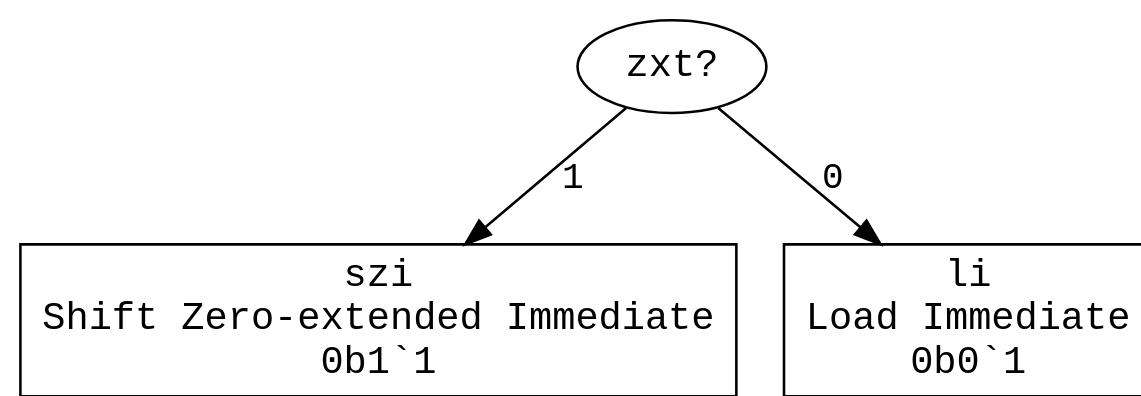
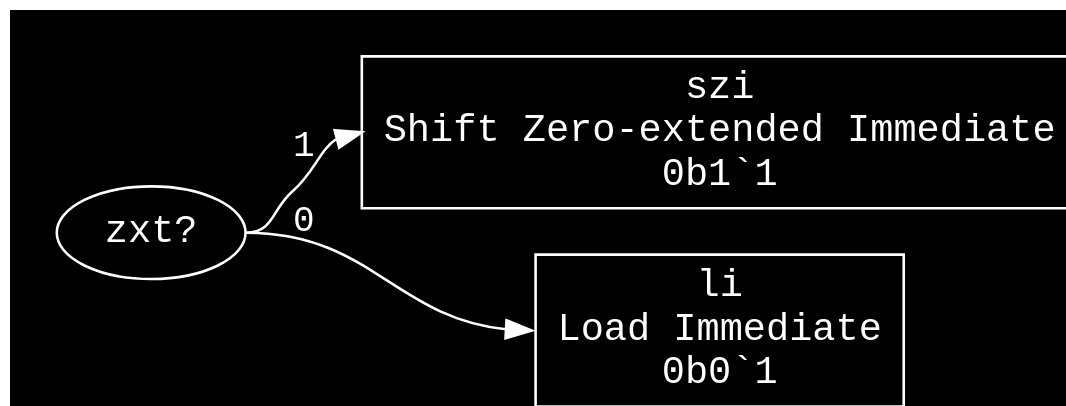
Before and after one commit to eignnx/SPRIND: the diagram in assets/graphs/li.dot, drawn with Graphviz. The commit also changed 18 other files, not shown here.

```diff
--- a/assets/graphs/li.dot
+++ b/assets/graphs/li.dot
@@ -1,10 +1,10 @@
 digraph "Format li" {
-  graph [dpi = 100, bgcolor="white"];
-  node [fontname = "Courier", fontsize="15pt"];
-  edge [fontname = "Courier"];
+  graph [dpi = 100, bgcolor="#111", fontcolor="white", rankdir=LR, pad="0.25"];
+  node [fontname = "Courier", fontsize="15pt", color="white", fontcolor="white"];
+  edge [fontname = "Courier", color="white", fontcolor="white"];
   "zxt_6558408" [label = "zxt?", shape = ellipse];
-  "zxt_6558408" -> "szi_5158144" [label = "1"];
-  "zxt_6558408" -> "li_6973931" [label = "0"];
+  "zxt_6558408":e -> "szi_5158144":w [label = "1"];
+  "zxt_6558408":e -> "li_6973931":w [label = "0"];
   "szi_5158144" [label = "szi\nShift Zero-extended Immediate\n0b1`1", shape = rectangle];
   "li_6973931" [label = "li\nLoad Immediate\n0b0`1", shape = rectangle];
 }
```
